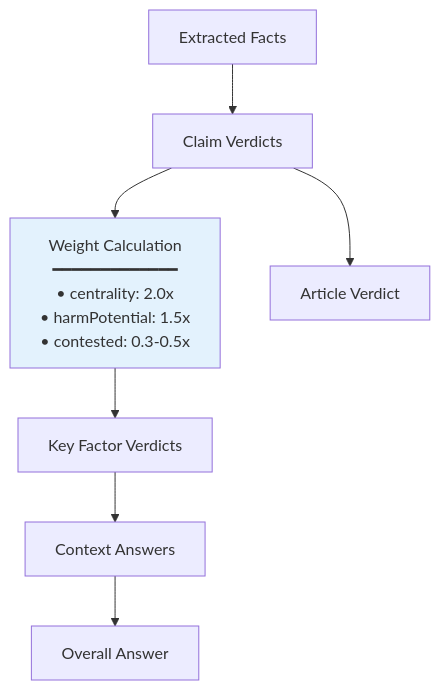
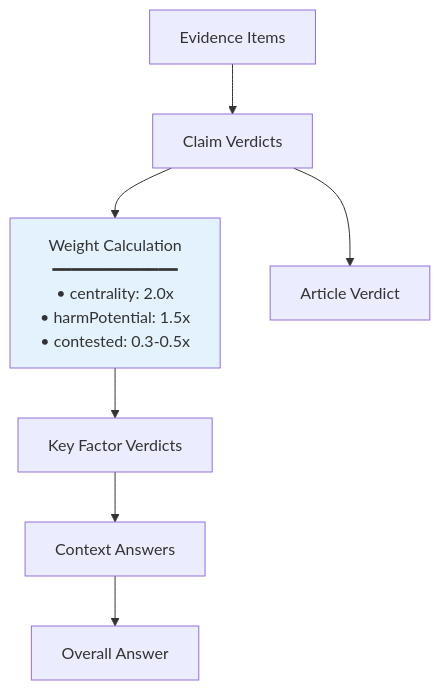
One commit to robertschaub/FactHarbor changed the second of 2 diagrams in Docs/ARCHITECTURE/Calculations.md. Above: the diagram before and after it, drawn with Mermaid. The commit also changed other lines of this file and 90 other files, not shown here.

````diff
--- a/Docs/ARCHITECTURE/Calculations.md
+++ b/Docs/ARCHITECTURE/Calculations.md
@@ -240,12 +240,12 @@
 ```mermaid
 graph TD
-    Facts[Extracted Facts] --> ClaimVerdicts[Claim Verdicts]
+    Evidence[Evidence Items] --> ClaimVerdicts[Claim Verdicts]
     ClaimVerdicts --> WeightCalc[Weight Calculation<br/>━━━━━━━━━━━━━<br/>• centrality: 2.0x<br/>• harmPotential: 1.5x<br/>• contested: 0.3-0.5x]
     WeightCalc --> KeyFactors[Key Factor Verdicts]
     KeyFactors --> ContextAnswers[Context Answers]
     ContextAnswers --> OverallAnswer[Overall Answer]
     
     ClaimVerdicts --> ArticleVerdict[Article Verdict]
     
     style WeightCalc fill:#e3f2fd
 ```
````
